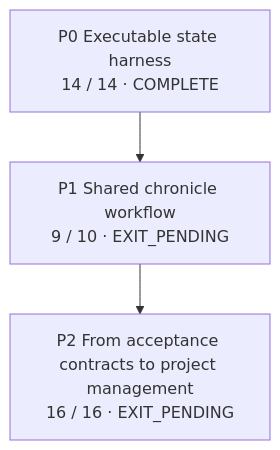
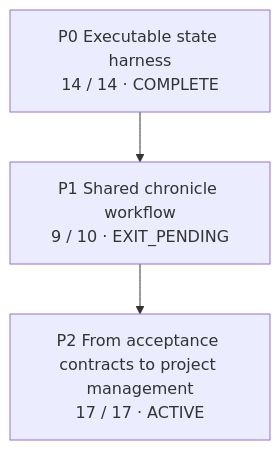
The diagram in .prokron/phases.mmd (qomero/prokron), drawn with Mermaid before and after one commit. The commit also changed 20 other files, not shown here.

```diff
--- a/.prokron/phases.mmd
+++ b/.prokron/phases.mmd
@@ -1,6 +1,6 @@
 flowchart TD
     P0["P0 Executable state harness<br/>14 / 14 · COMPLETE"]
     P1["P1 Shared chronicle workflow<br/>9 / 10 · EXIT_PENDING"]
-    P2["P2 From acceptance contracts to project management<br/>16 / 16 · EXIT_PENDING"]
+    P2["P2 From acceptance contracts to project management<br/>17 / 17 · ACTIVE"]
     P0 --> P1
     P1 --> P2
```
